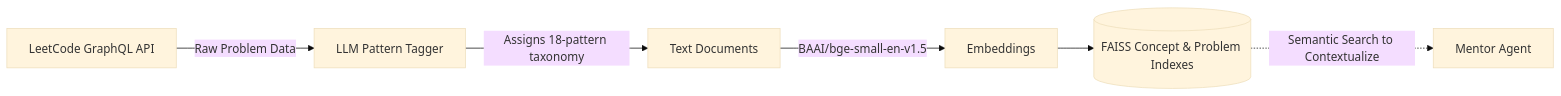
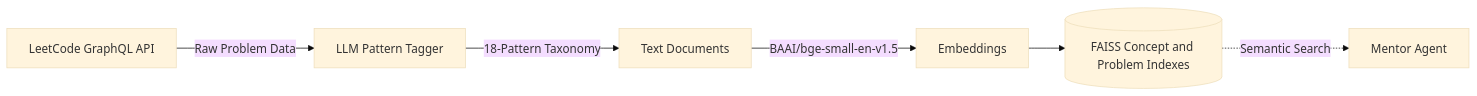
One commit to sayeeg-11/SahiiiDSA changed the second of 3 diagrams in README.md. Above: the diagram before and after it, drawn with Mermaid (base theme). The commit also changed other lines of this file, not shown here.

````diff
--- a/README.md
+++ b/README.md
@@ -48,8 +116,8 @@
 ```mermaid
 flowchart LR
     A[LeetCode GraphQL API] -->|Raw Problem Data| B[LLM Pattern Tagger]
-    B -->|Assigns 18-pattern taxonomy| C[Text Documents]
+    B -->|18-Pattern Taxonomy| C[Text Documents]
     C -->|BAAI/bge-small-en-v1.5| D[Embeddings]
-    D --> E[(FAISS Concept & Problem Indexes)]
-    E -.->|Semantic Search to Contextualize| F[Mentor Agent]
+    D --> E[(FAISS Concept and Problem Indexes)]
+    E -.->|Semantic Search| F[Mentor Agent]
 ```
````
